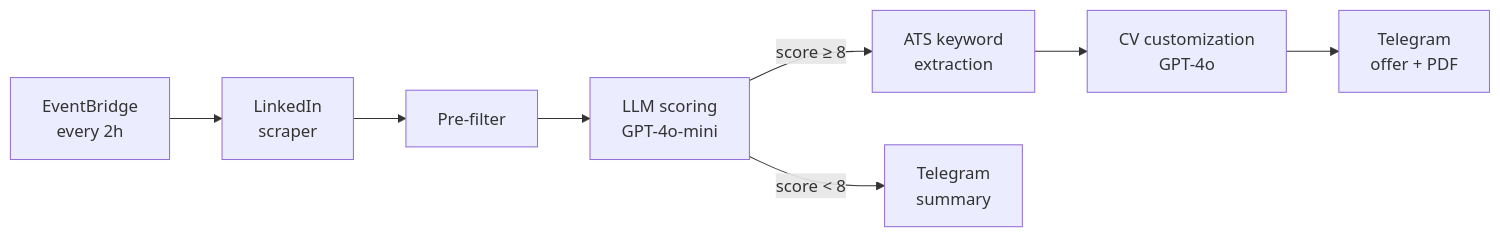
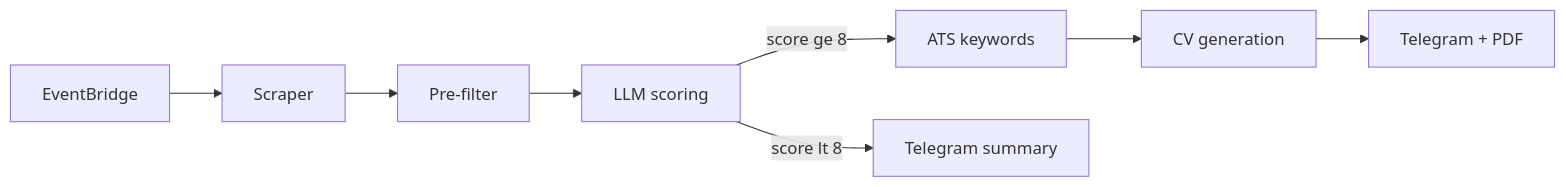
Before and after one commit to pietroruzzante/linkedin_scraper_pipeline: the diagram in README.md, drawn with Mermaid.

Commit message:
Shorten Mermaid node labels to fix truncation

````diff
--- a/README.md
+++ b/README.md
@@ -15,10 +15,10 @@
 ```mermaid
 flowchart LR
-    EB[EventBridge\nevery 2h] --> S[LinkedIn\nscraper]
+    EB[EventBridge] --> S[Scraper]
     S --> P[Pre-filter]
-    P --> L[LLM scoring\nGPT-4o-mini]
-    L -->|score ≥ 8| K[ATS keyword\nextraction]
-    K --> C[CV customization\nGPT-4o]
-    C --> T1[Telegram\noffer + PDF]
-    L -->|score < 8| T2[Telegram\nsummary]
+    P --> L[LLM scoring]
+    L -->|score ge 8| K[ATS keywords]
+    K --> C[CV generation]
+    C --> T1[Telegram + PDF]
+    L -->|score lt 8| T2[Telegram summary]
 ```
````
